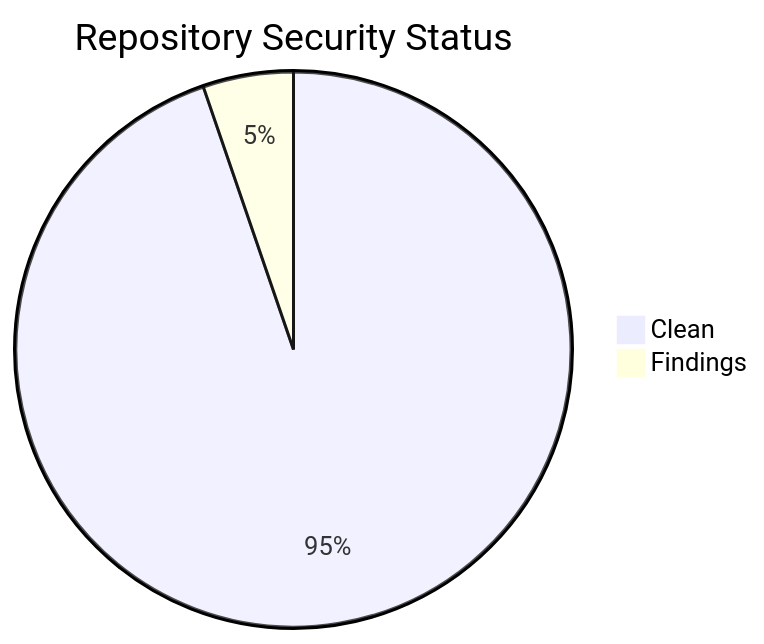
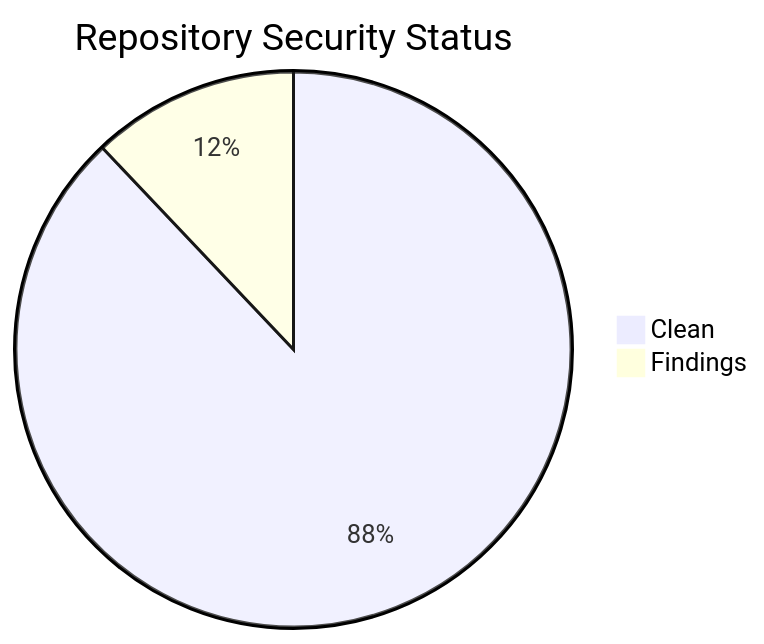
One commit to icepaule/icepaule.github.io changed the second of 2 diagrams in projects/status.md. Above: the diagram before and after it, drawn with Mermaid. The commit also changed other lines of this file and 51 other files, not shown here.

````diff
--- a/projects/status.md
+++ b/projects/status.md
@@ -120,5 +121,5 @@
 ```mermaid
 pie title Repository Security Status
-    "Clean" : 54
-    "Findings" : 3
+    "Clean" : 51
+    "Findings" : 7
 ```
````
